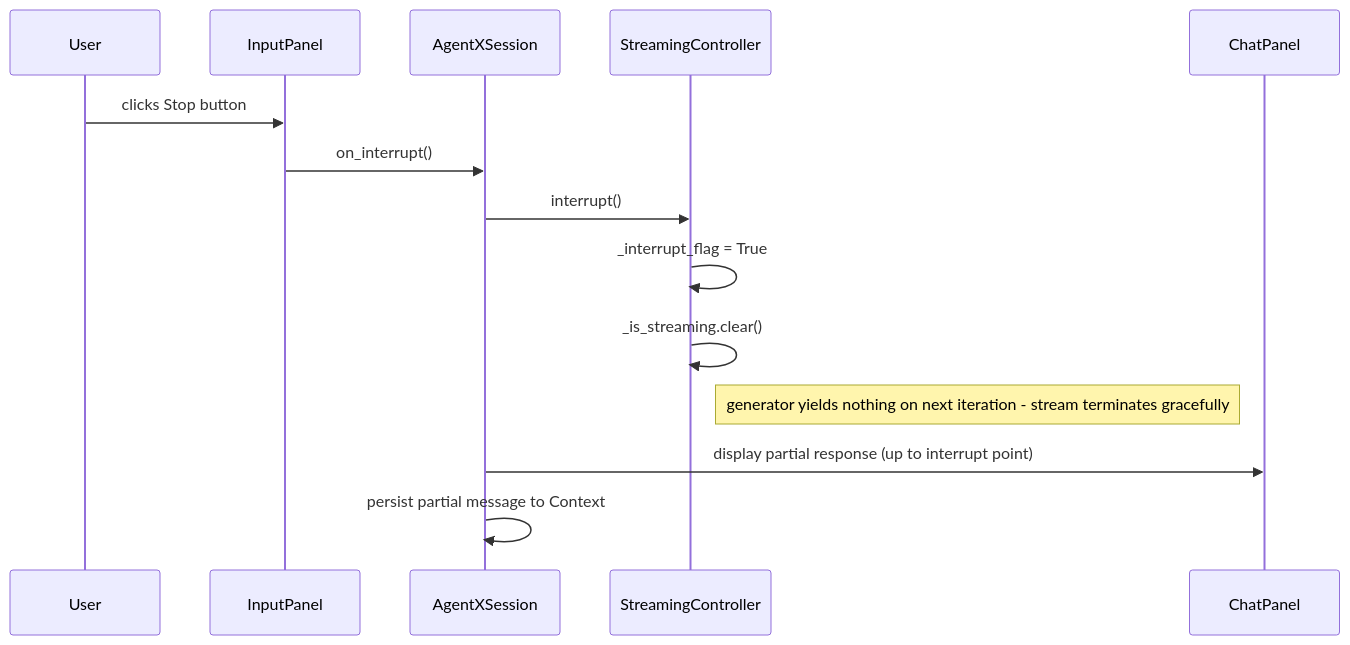
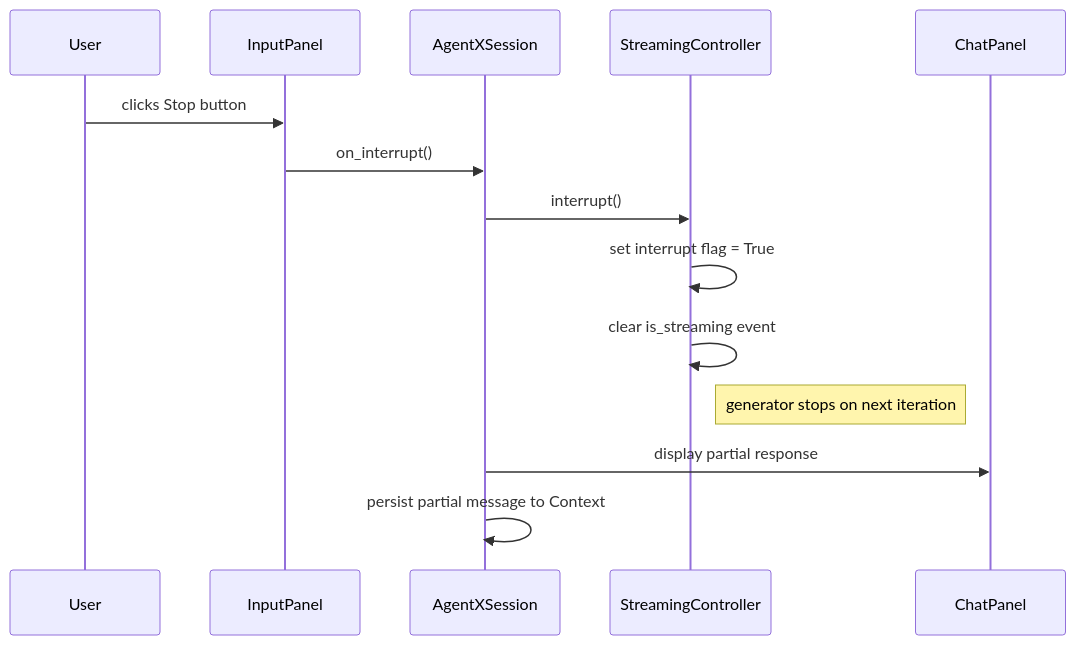
Before and after one commit to matthewapeters/agentX: the tenth of 10 diagrams in docs/ux/02_USER_FLOWS.md, drawn with Mermaid. The commit also changed 2 other files, not shown here.

Commit message:
docs(ux): fix UF-10 Mermaid rendering — remove leading underscores from labels
Mermaid processes sequence diagram label text as Markdown. Labels starting
with '_word_' (e.g. '_interrupt_flag', '_is_streaming') are interpreted as
italic spans, corrupting the token stream and producing 'No diagram type
detected'. Rewrote self-referential arrow labels with plain descriptive text.

Version: 0.18.22-e -> 0.18.22-f (doc-only change)

````diff
--- a/docs/ux/02_USER_FLOWS.md
+++ b/docs/ux/02_USER_FLOWS.md
@@ -293,17 +293,17 @@
 ```mermaid
 sequenceDiagram
     participant User
     participant InputPanel
     participant Session as AgentXSession
     participant Controller as StreamingController
     participant Chat as ChatPanel
 
     User->>InputPanel: clicks Stop button
     InputPanel->>Session: on_interrupt()
     Session->>Controller: interrupt()
-    Controller->>Controller: _interrupt_flag = True
-    Controller->>Controller: _is_streaming.clear()
-    Note right of Controller: generator yields nothing on next iteration - stream terminates gracefully
-    Session->>Chat: display partial response (up to interrupt point)
+    Controller->>Controller: set interrupt flag = True
+    Controller->>Controller: clear is_streaming event
+    Note right of Controller: generator stops on next iteration
+    Session->>Chat: display partial response
     Session->>Session: persist partial message to Context
 ```
````
